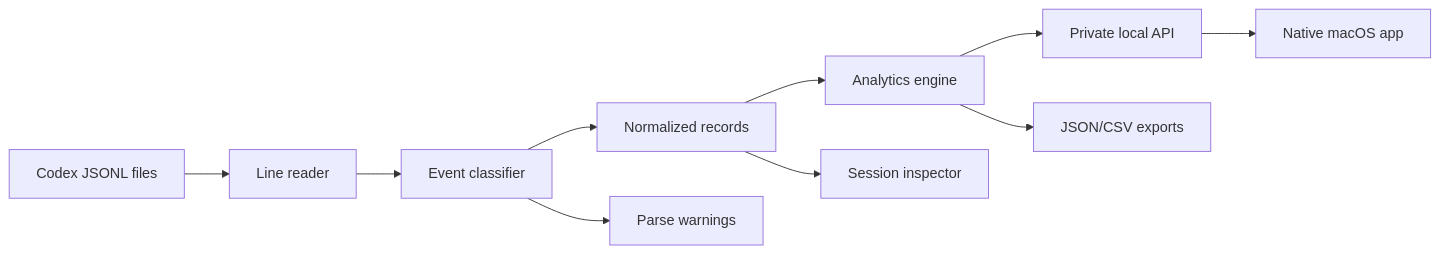
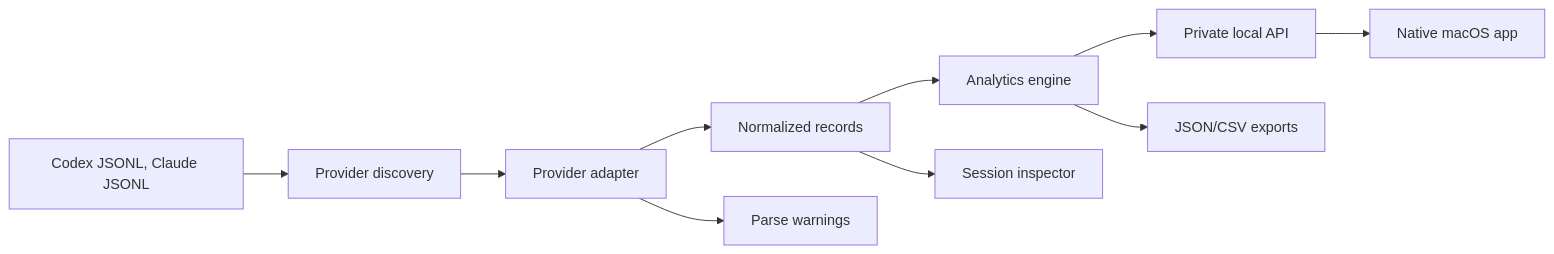
Before and after one commit to crispierry/codex-log-viewer: the diagram in docs/architecture.md, drawn with Mermaid. The commit also changed other lines of this file and 36 other files, not shown here.

First line of the commit message:
Add Claude provider support

````diff
--- a/docs/architecture.md
+++ b/docs/architecture.md
@@ -33,12 +33,12 @@
 ```mermaid
 flowchart LR
-  A["Codex JSONL files"] --> B["Line reader"]
-  B --> C["Event classifier"]
+  A["Codex JSONL, Claude JSONL"] --> B["Provider discovery"]
+  B --> C["Provider adapter"]
   C --> D["Normalized records"]
   C --> E["Parse warnings"]
   D --> F["Analytics engine"]
   F --> G["Private local API"]
   G --> H["Native macOS app"]
   F --> I["JSON/CSV exports"]
   D --> J["Session inspector"]
 ```
````
